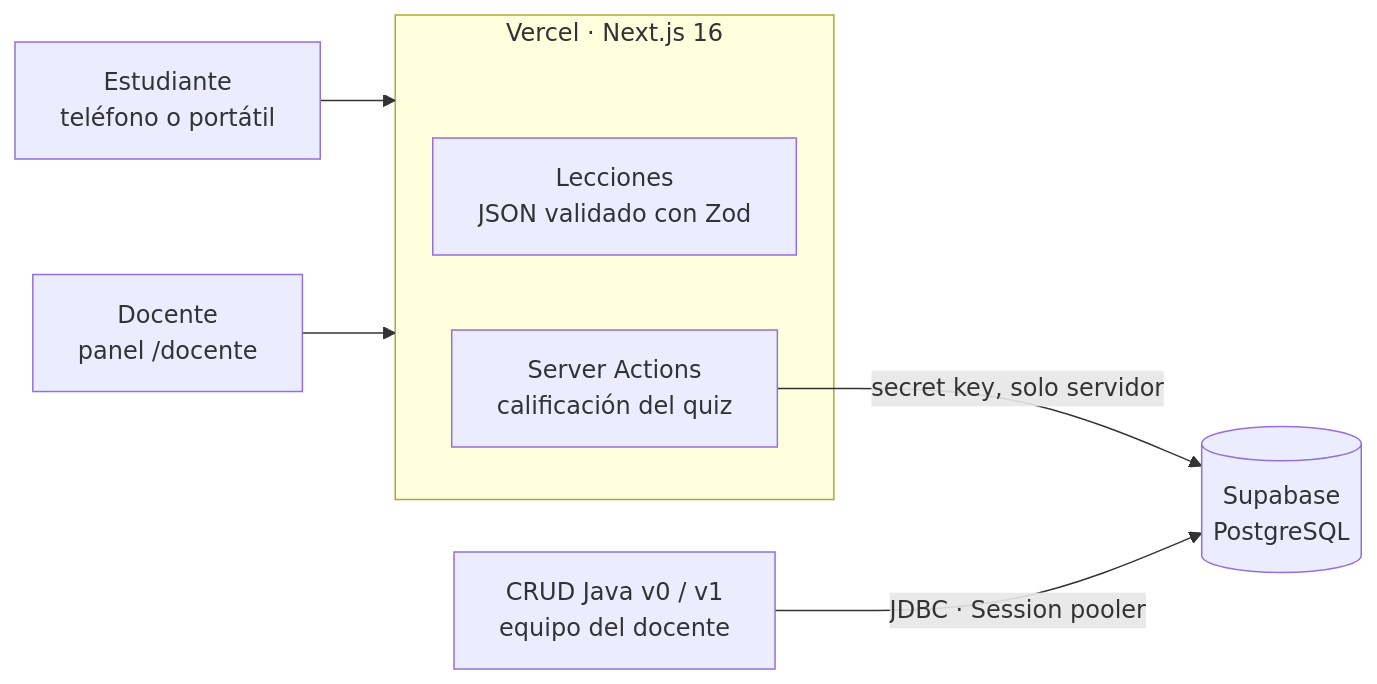
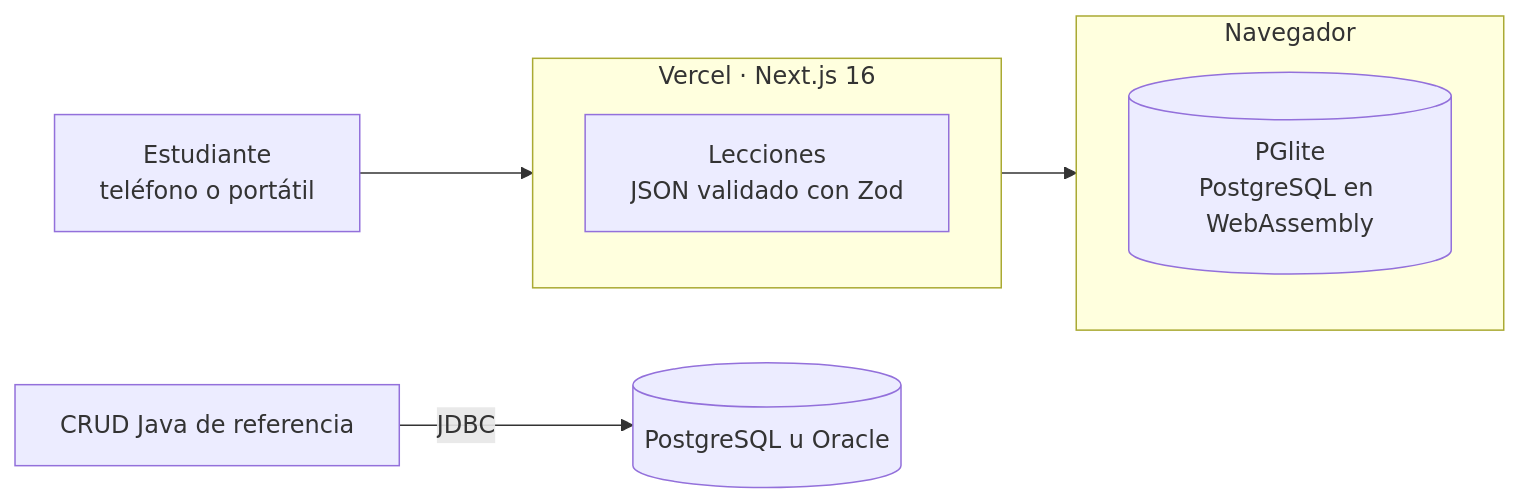
One commit to ddturizo-eng/PersisteApp changed the diagram in README.md. Above: the diagram before and after it, drawn with Mermaid. The commit also changed other lines of this file and 7 other files, not shown here.

````diff
--- a/README.md
+++ b/README.md
@@ -71,11 +71,12 @@
 ```mermaid
 flowchart LR
   E["Estudiante<br/>teléfono o portátil"] --> V
-  D["Docente<br/>panel /docente"] --> V
   subgraph V["Vercel · Next.js 16"]
     L["Lecciones<br/>JSON validado con Zod"]
-    S["Server Actions<br/>calificación del quiz"]
   end
-  S -- "secret key, solo servidor" --> B[("Supabase<br/>PostgreSQL")]
-  J["CRUD Java v0 / v1<br/>equipo del docente"] -- "JDBC · Session pooler" --> B
+  V --> N
+  subgraph N["Navegador"]
+    P[("PGlite<br/>PostgreSQL en WebAssembly")]
+  end
+  J["CRUD Java de referencia"] -- "JDBC" --> B[("PostgreSQL u Oracle")]
 ```
````
